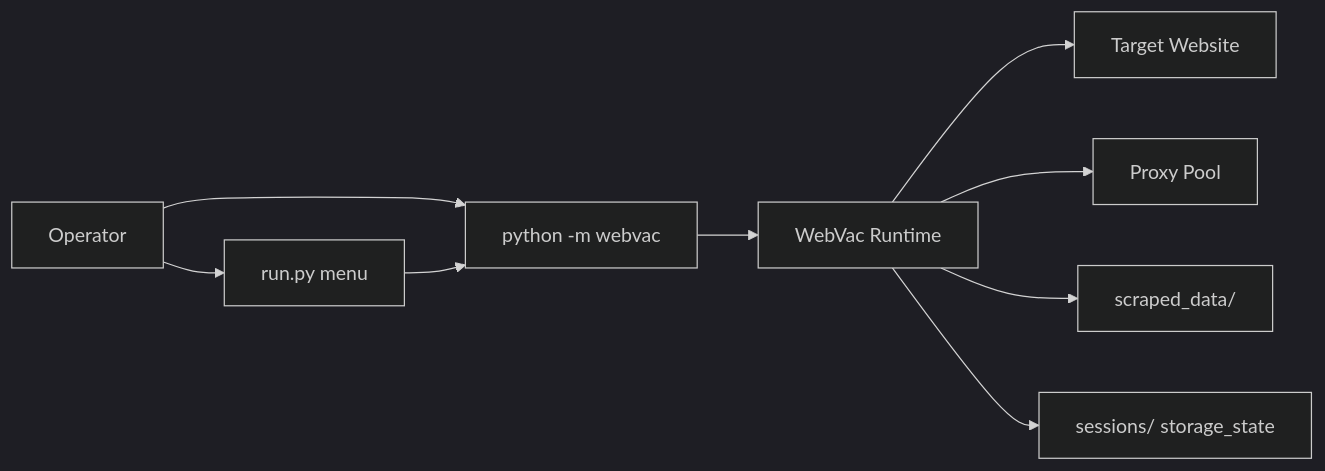
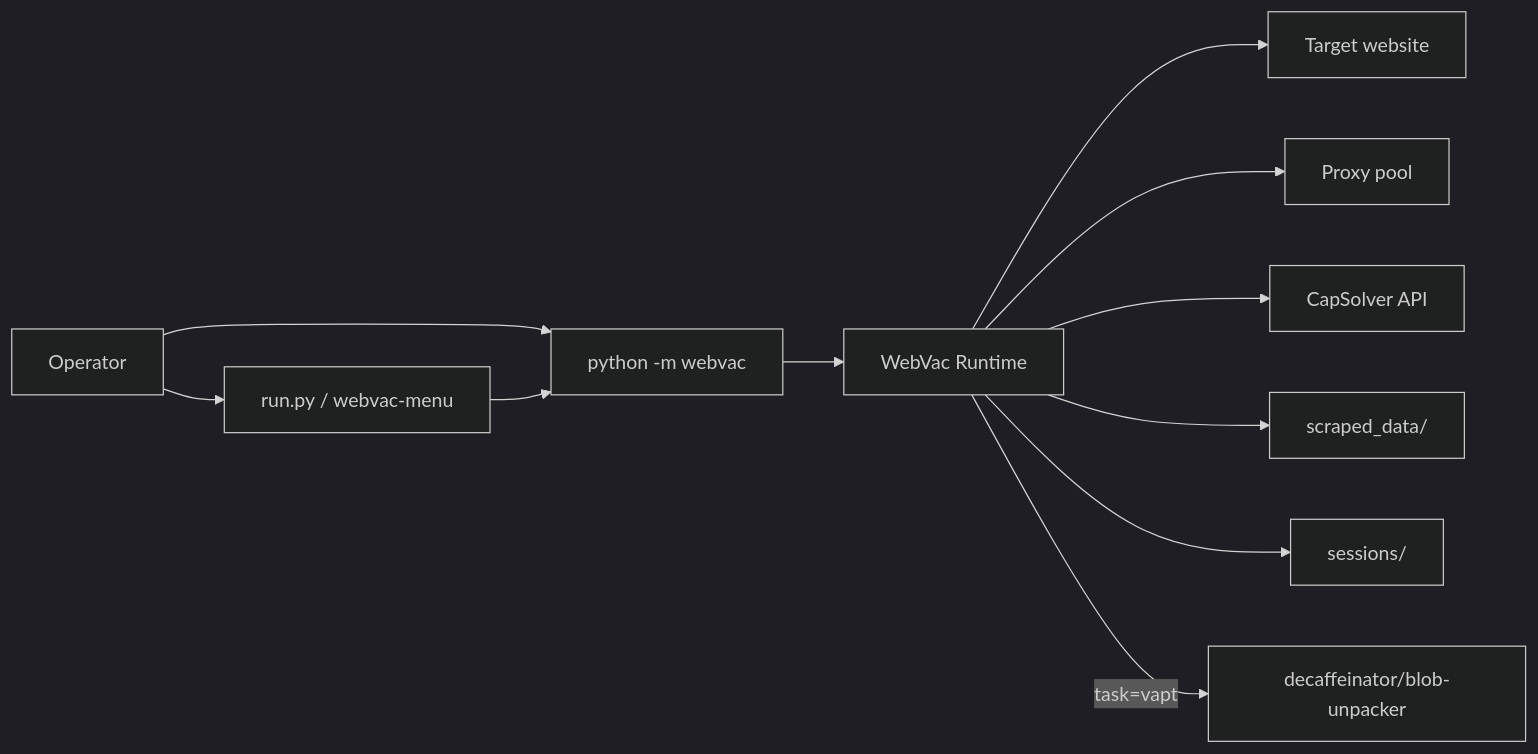
One commit to Shellghostt/WebVac changed the first of 5 diagrams in docs/ARCHITECTURE.md. Above: the diagram before and after it, drawn with Mermaid (dark theme). The commit also changed other lines of this file and 4 other files, not shown here.

First line of the commit message:
Add WebVac overview, workflows, and system architecture docs

````diff
--- a/docs/ARCHITECTURE.md
+++ b/docs/ARCHITECTURE.md
@@ -16,11 +16,13 @@
 ```mermaid
 flowchart LR
-  User["Operator"] --> Run["run.py menu"]
+  User["Operator"] --> Menu["run.py / webvac-menu"]
   User --> CLI["python -m webvac"]
-  Run --> CLI
-  CLI --> WebVac["WebVac Runtime"]
-  WebVac --> Target["Target Website"]
-  WebVac --> Proxy["Proxy Pool"]
-  WebVac --> Disk["scraped_data/"]
-  WebVac --> Sess["sessions/ storage_state"]
+  Menu --> CLI
+  CLI --> Runtime["WebVac Runtime"]
+  Runtime --> Target["Target website"]
+  Runtime --> Proxy["Proxy pool"]
+  Runtime --> CapAPI["CapSolver API"]
+  Runtime --> Disk["scraped_data/"]
+  Runtime --> Sess["sessions/"]
+  Runtime -->|task=vapt| Decaf["decaffeinator/blob-unpacker"]
 ```
````
